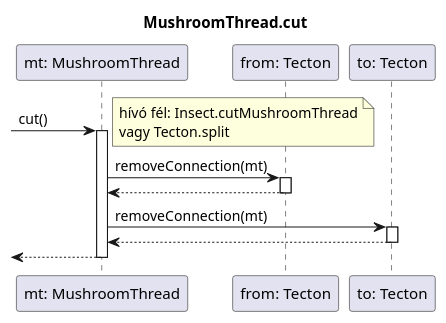
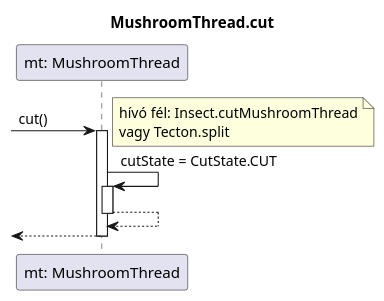
One commit to dzsem/projlab changed the diagram in diagrams/sequence/mushroom/cut.wsd. Above: the diagram before and after it, drawn with PlantUML. The commit also changed 1 other file, not shown here.

Commit message:
updated cut and fixed threadCutConnectionOnlyOneBody

```diff
--- a/diagrams/sequence/mushroom/cut.wsd
+++ b/diagrams/sequence/mushroom/cut.wsd
@@ -1,25 +1,18 @@
 @startuml Cut
 title MushroomThread.cut
 
 participant "mt: MushroomThread" as mt
-participant "from: Tecton" as from
-participant "to: Tecton" as to
 
 -> mt : cut()
 note right: hívó fél: Insect.cutMushroomThread\nvagy Tecton.split
 activate mt
 
-mt -> from : removeConnection(mt)
-activate from
-from --> mt
-deactivate from
-
-mt -> to : removeConnection(mt)
-activate to
-to --> mt
-deactivate to
+mt -> mt: cutState = CutState.CUT
+activate mt
+mt --> mt
+deactivate mt
 
 <-- mt
 deactivate mt
 
 @enduml
```
